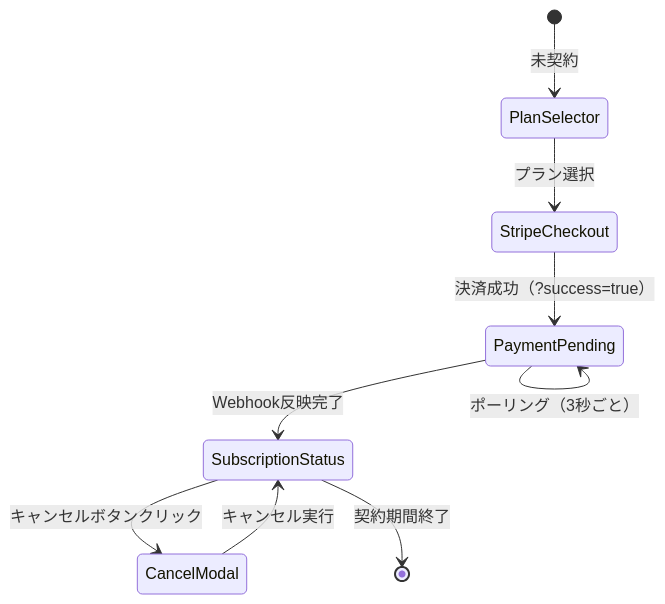
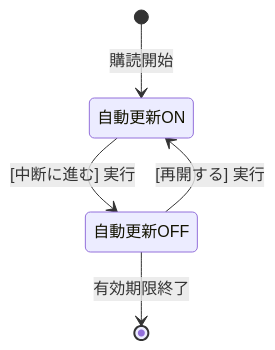
The diagram in develop/account/subscription/uiux-spec.md (tezuka-Akihiro/ClaudeMix), drawn with Mermaid before and after one commit. The commit also changed other lines of this file and 64 other files, not shown here.

````diff
--- a/develop/account/subscription/uiux-spec.md
+++ b/develop/account/subscription/uiux-spec.md
@@ -310,11 +69,7 @@
 ```mermaid
 stateDiagram-v2
-    [*] --> PlanSelector: 未契約
-    PlanSelector --> StripeCheckout: プラン選択
-    StripeCheckout --> PaymentPending: 決済成功（?success=true）
-    PaymentPending --> SubscriptionStatus: Webhook反映完了
-    PaymentPending --> PaymentPending: ポーリング（3秒ごと）
-    SubscriptionStatus --> CancelModal: キャンセルボタンクリック
-    CancelModal --> SubscriptionStatus: キャンセル実行
-    SubscriptionStatus --> [*]: 契約期間終了
+    [*] --> 自動更新ON: 購読開始
+    自動更新ON --> 自動更新OFF: [中断に進む] 実行
+    自動更新OFF --> 自動更新ON: [再開する] 実行
+    自動更新OFF --> [*]: 有効期限終了
 ```
````
